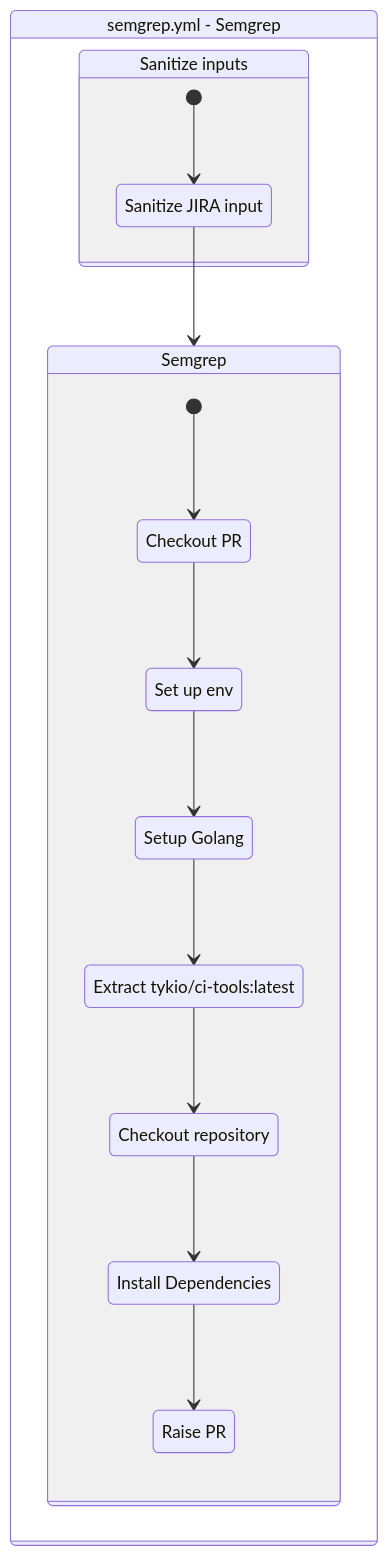
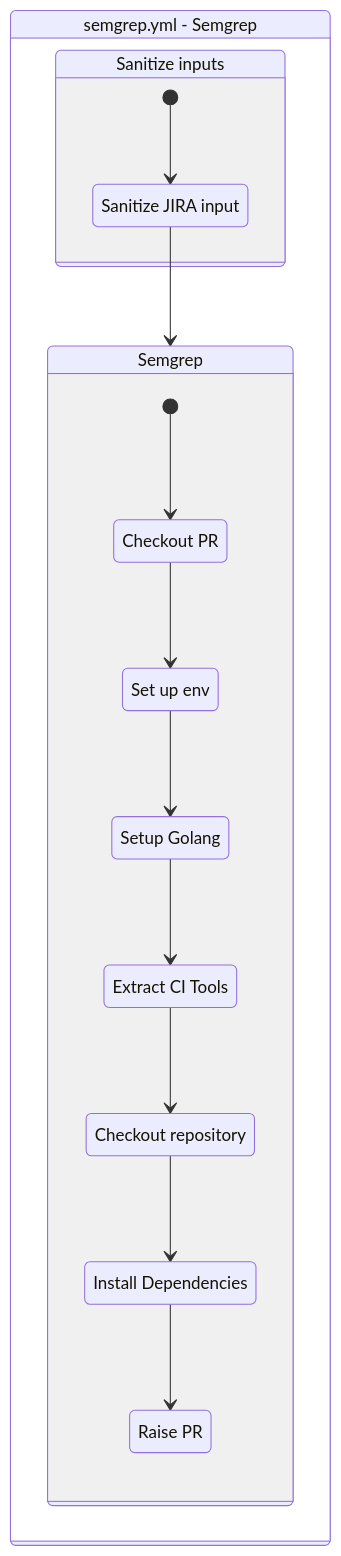
Before and after one commit to TykTechnologies/exp: the diagram in docs/github-actions/exp/semgrep.yml.md, drawn with Mermaid. The commit also changed 1 other file, not shown here.

Commit message:
Try to fix .md

````diff
--- a/docs/github-actions/exp/semgrep.yml.md
+++ b/docs/github-actions/exp/semgrep.yml.md
@@ -3,30 +3,30 @@
 ```mermaid
 stateDiagram-v2
     workflow : semgrep.yml - Semgrep
     state workflow {
         sanitize: Sanitize inputs
         state sanitize {
             [*] --> step0sanitize
             step0sanitize : Sanitize JIRA input
             step0sanitize --> semgrep
         }
 
         semgrep: Semgrep
         state semgrep {
             [*] --> step0semgrep
             step0semgrep : Checkout PR
             step0semgrep --> step1semgrep
             step1semgrep : Set up env
             step1semgrep --> step2semgrep
             step2semgrep : Setup Golang
             step2semgrep --> step3semgrep
-            step3semgrep : Extract tykio/ci-tools:latest
+            step3semgrep : Extract CI Tools
             step3semgrep --> step4semgrep
             step4semgrep : Checkout repository
             step4semgrep --> step5semgrep
             step5semgrep : Install Dependencies
             step5semgrep --> step9semgrep
             step9semgrep : Raise PR
         }
     }
 ```
````
